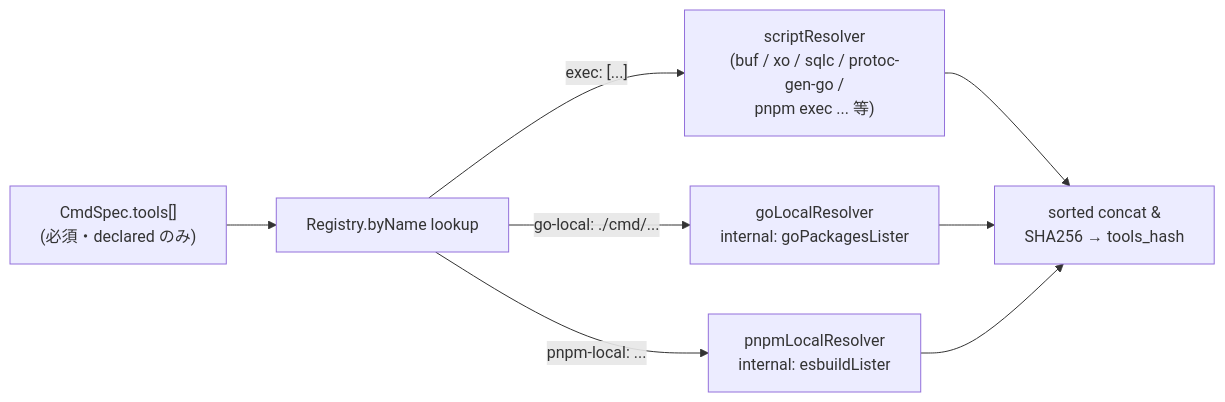
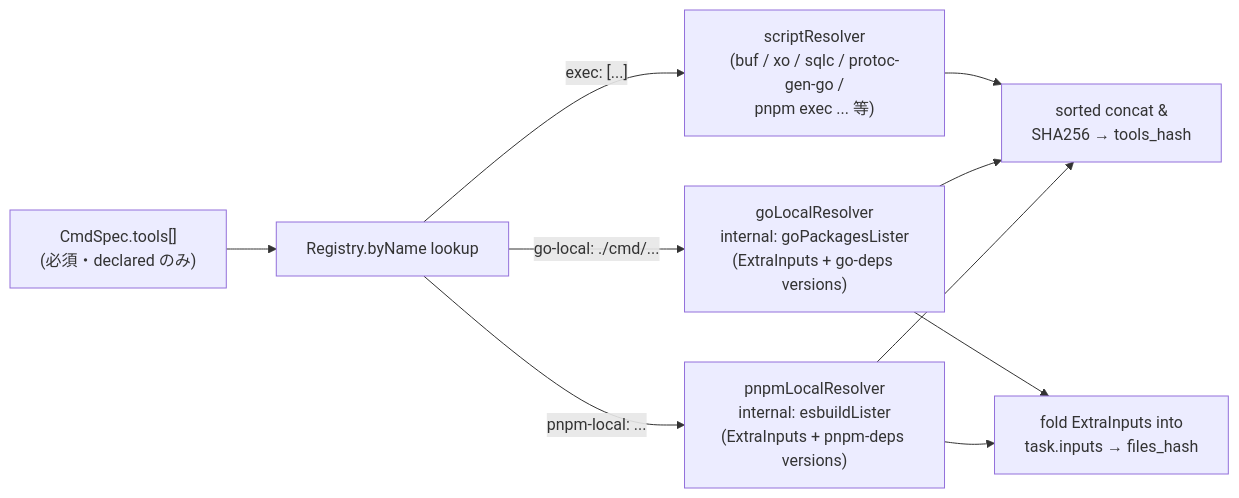
Before and after one commit to izumin5210/sloff: the second of 3 diagrams in docs/design/architecture.md, drawn with Mermaid. The commit also changed other lines of this file and 21 other files, not shown here.

First line of the commit message:
refactor(toolresolver): align go-local with pnpm-local input contributor shape

````diff
--- a/docs/design/architecture.md
+++ b/docs/design/architecture.md
@@ -315,10 +315,12 @@
 ```mermaid
 flowchart LR
     SPEC["CmdSpec.tools[]<br/>(必須・declared のみ)"] --> DISP["Registry.byName lookup"]
     DISP -->|"exec: [...]"| SCRIPT["scriptResolver<br/>(buf / xo / sqlc / protoc-gen-go /<br/>pnpm exec ... 等)"]
-    DISP -->|"go-local: ./cmd/..."| GOLOC["goLocalResolver<br/>internal: goPackagesLister"]
-    DISP -->|"pnpm-local: ..."| PNPMLOC["pnpmLocalResolver<br/>internal: esbuildLister"]
+    DISP -->|"go-local: ./cmd/..."| GOLOC["goLocalResolver<br/>internal: goPackagesLister<br/>(ExtraInputs + go-deps versions)"]
+    DISP -->|"pnpm-local: ..."| PNPMLOC["pnpmLocalResolver<br/>internal: esbuildLister<br/>(ExtraInputs + pnpm-deps versions)"]
     SCRIPT --> CONCAT["sorted concat &<br/>SHA256 → tools_hash"]
     GOLOC --> CONCAT
+    GOLOC --> INPUTS["fold ExtraInputs into<br/>task.inputs → files_hash"]
     PNPMLOC --> CONCAT
+    PNPMLOC --> INPUTS
 ```
````
